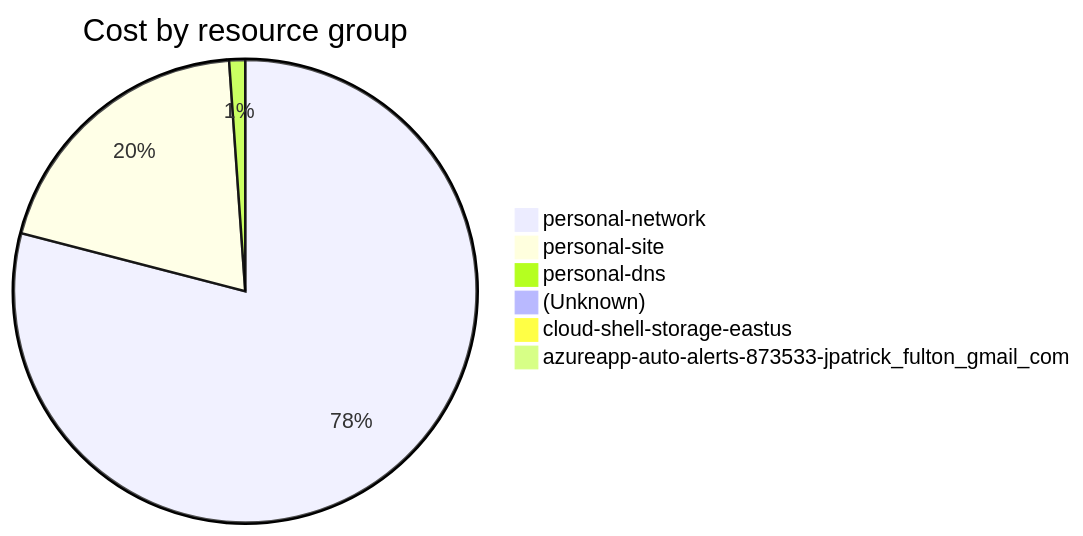
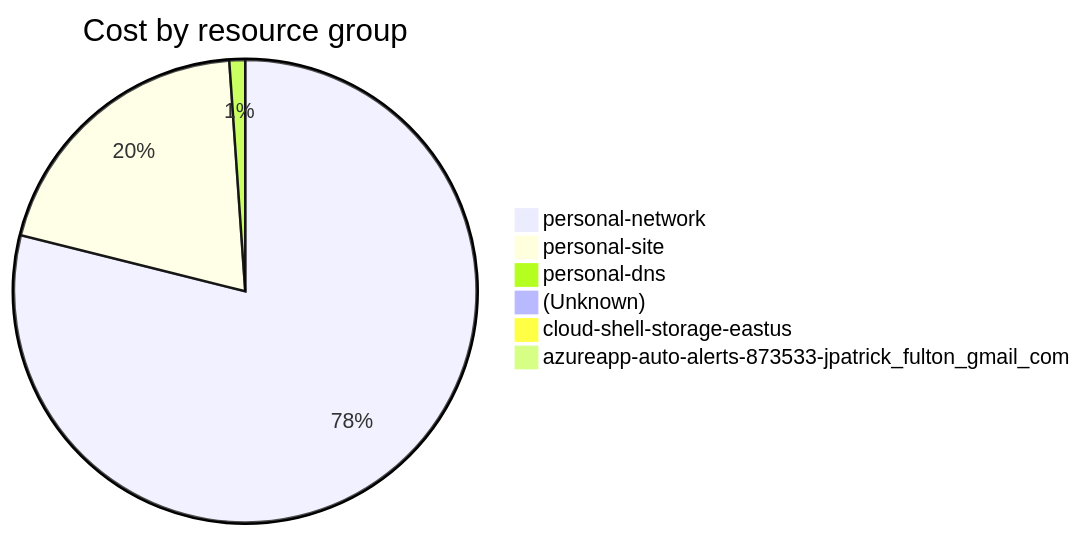
One commit to jpfulton/azure-personal-reports changed the fourth of 4 diagrams in cost-reports/accumulated-cost.md. Above: the diagram before and after it, drawn with Mermaid. The commit also changed other lines of this file and 4 other files, not shown here.

````diff
--- a/cost-reports/accumulated-cost.md
+++ b/cost-reports/accumulated-cost.md
@@ -154,10 +154,10 @@
 ```mermaid
 pie
    title Cost by resource group
-   "personal-network" : 23.38
-   "personal-site" : 5.87
-   "personal-dns" : 0.33
-   "(Unknown)" : 0.25
-   "cloud-shell-storage-eastus" : 0.10
+   "personal-network" : 24.30
+   "personal-site" : 6.16
+   "personal-dns" : 0.34
+   "(Unknown)" : 0.26
+   "cloud-shell-storage-eastus" : 0.11
    "azureapp-auto-alerts-873533-jpatrick_fulton_gmail_com" : 0.00
 ```
````
